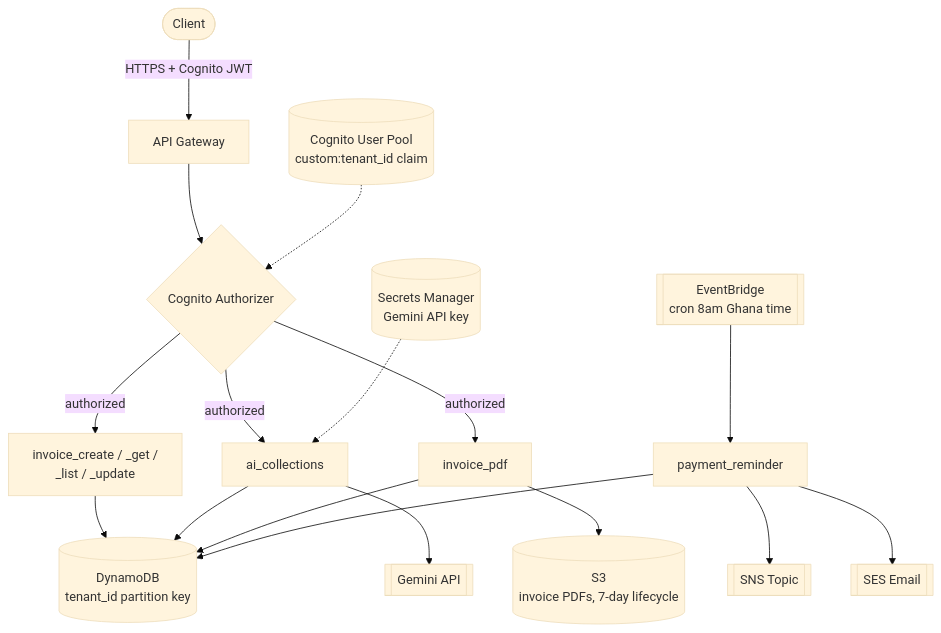
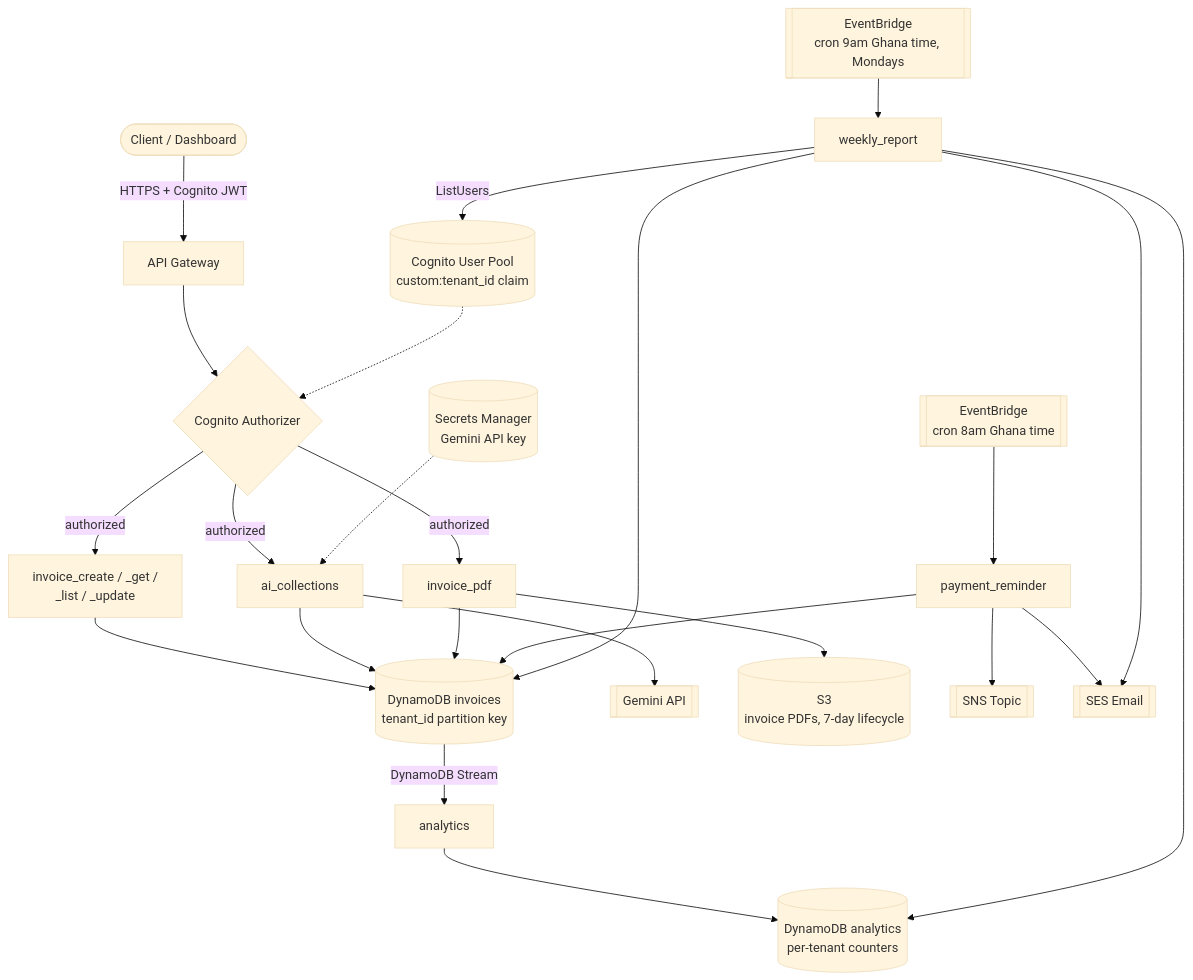
One commit to Aliu2211/paytrack-africa changed the diagram in README.md. Above: the diagram before and after it, drawn with Mermaid (base theme). The commit also changed other lines of this file and 5 other files, not shown here.

````diff
--- a/README.md
+++ b/README.md
@@ -16,25 +19,34 @@
 ```mermaid
 flowchart TD
-    Client([Client]) -->|"HTTPS + Cognito JWT"| APIGW[API Gateway]
+    Client([Client / Dashboard]) -->|"HTTPS + Cognito JWT"| APIGW[API Gateway]
     APIGW --> Auth{Cognito Authorizer}
 
     Auth -->|authorized| CRUD["invoice_create / _get /<br/>_list / _update"]
     Auth -->|authorized| Collect[ai_collections]
     Auth -->|authorized| PDF[invoice_pdf]
 
-    CRUD --> DDB[("DynamoDB<br/>tenant_id partition key")]
+    CRUD --> DDB[("DynamoDB invoices<br/>tenant_id partition key")]
     Collect --> DDB
     PDF --> DDB
 
     Collect --> Gemini[[Gemini API]]
     Secrets[("Secrets Manager<br/>Gemini API key")] -.-> Collect
 
     PDF --> S3PDF[("S3<br/>invoice PDFs, 7-day lifecycle")]
 
     EventBridge[["EventBridge<br/>cron 8am Ghana time"]] --> Reminder[payment_reminder]
     Reminder --> DDB
     Reminder --> SNS[[SNS Topic]]
     Reminder --> SES[[SES Email]]
 
+    DDB -->|"DynamoDB Stream"| Analytics[analytics]
+    Analytics --> AnalyticsTable[("DynamoDB analytics<br/>per-tenant counters")]
+
+    WeeklyCron[["EventBridge<br/>cron 9am Ghana time, Mondays"]] --> WeeklyReport[weekly_report]
+    WeeklyReport --> DDB
+    WeeklyReport --> AnalyticsTable
+    WeeklyReport -->|"ListUsers"| CognitoPool
+    WeeklyReport --> SES
+
     CognitoPool[("Cognito User Pool<br/>custom:tenant_id claim")] -.-> Auth
 ```
````
